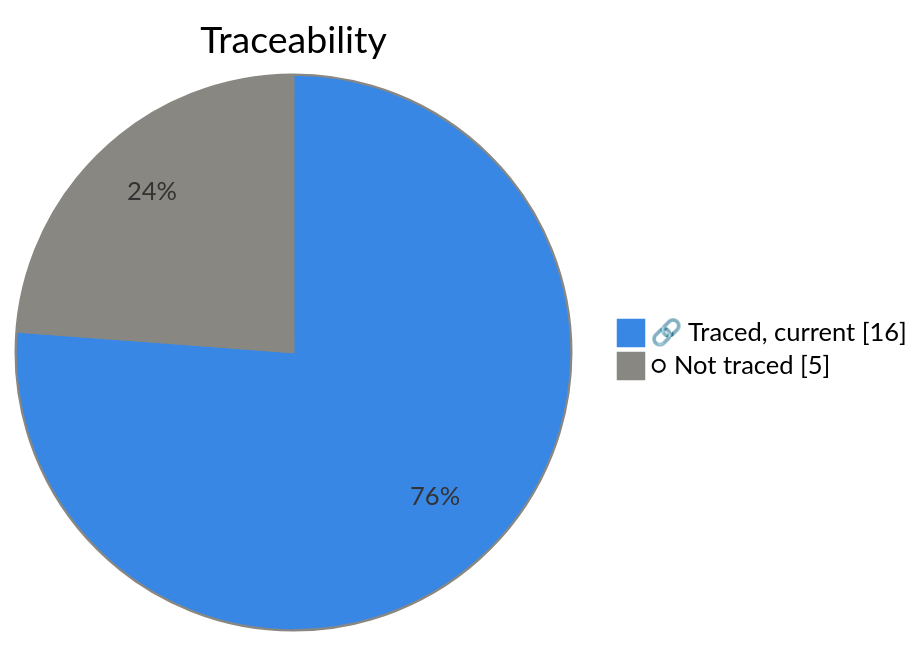
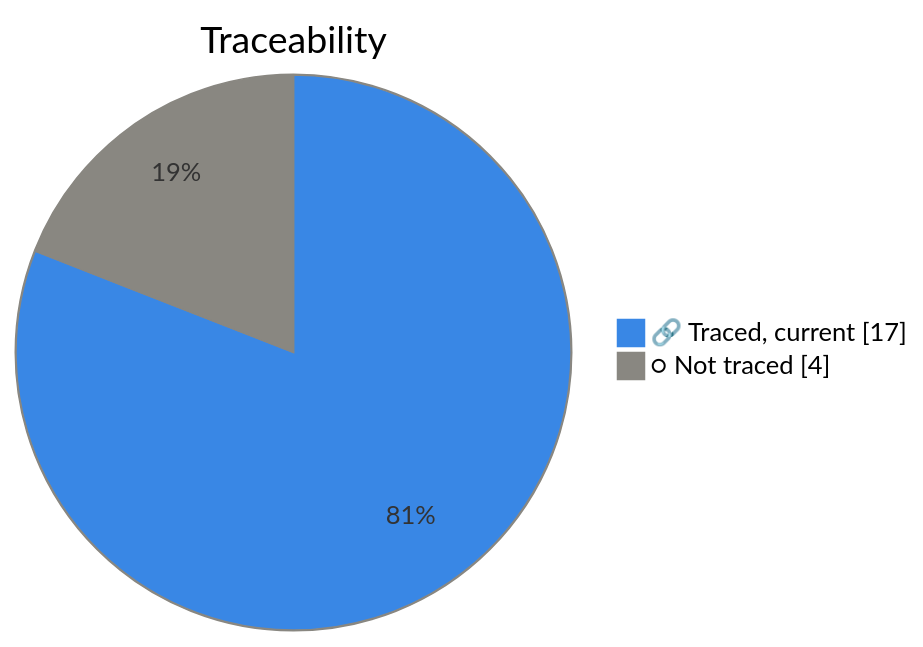
One commit to Top-Q/playwright-typescript changed the third of 4 diagrams in specs/product/vault/Dashboard.md. Above: the diagram before and after it, drawn with Mermaid. The commit also changed other lines of this file and 5 other files, not shown here.

````diff
--- a/specs/product/vault/Dashboard.md
+++ b/specs/product/vault/Dashboard.md
@@ -55,6 +55,6 @@
 ```mermaid
 %%{init: {"themeVariables":{"pie1":"#3987e5","pie2":"#898781","pieOpacity":"1","pieStrokeColor":"#898781","pieStrokeWidth":"1px","pieOuterStrokeColor":"#898781","pieOuterStrokeWidth":"1px"}}}%%
 pie showData title Traceability
-    "🔗 Traced, current" : 16
-    "○ Not traced" : 5
+    "🔗 Traced, current" : 17
+    "○ Not traced" : 4
 ```
````
